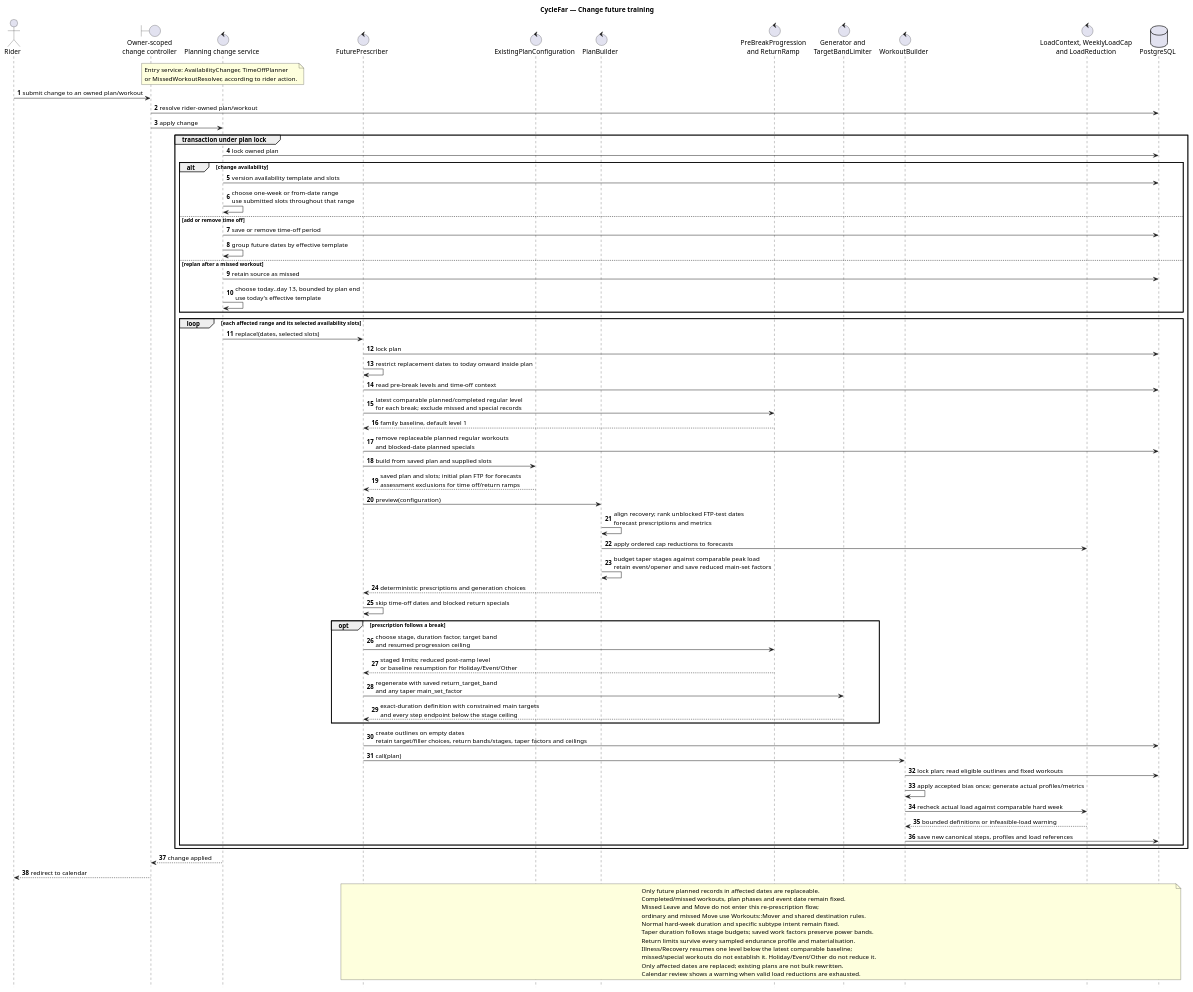
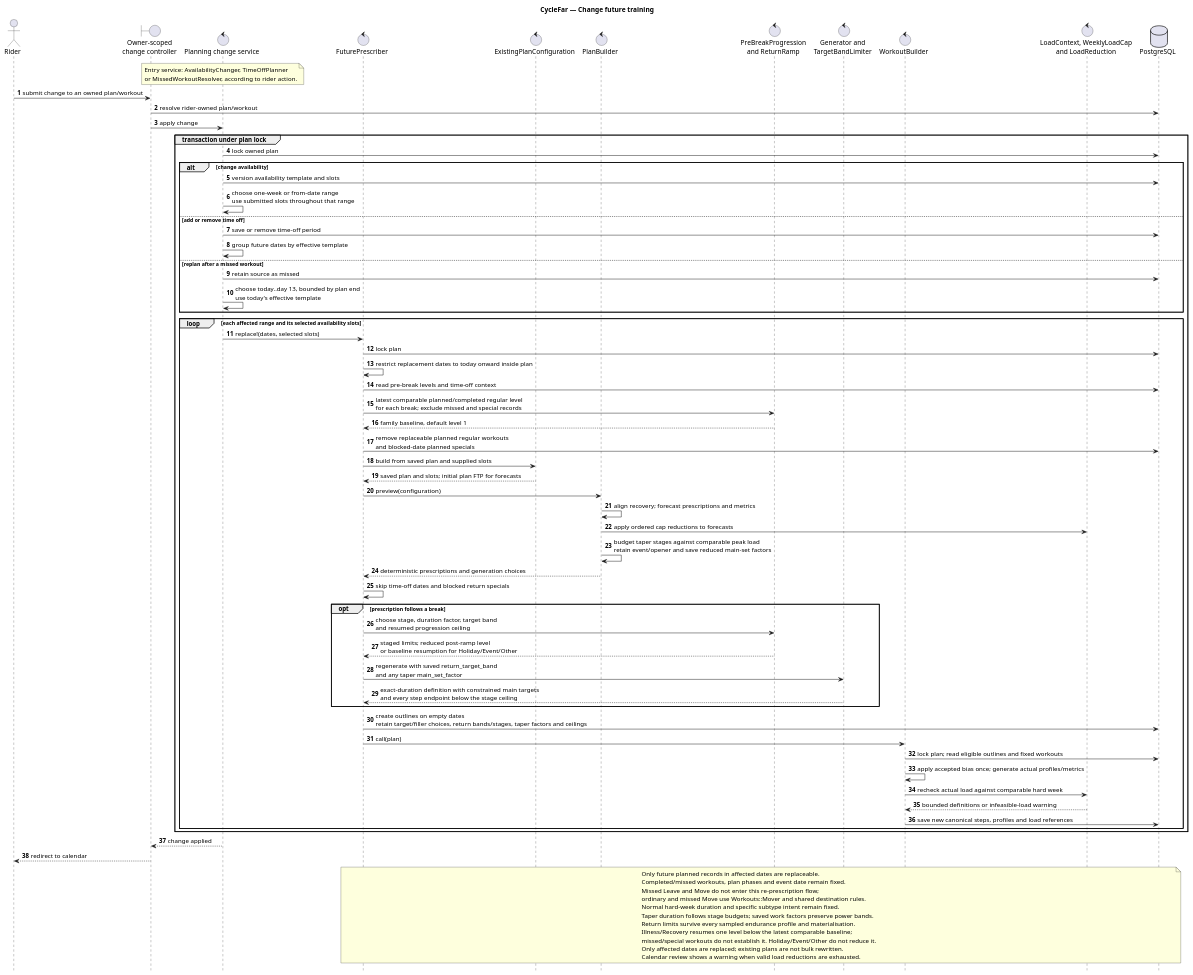
Before and after one commit to richardhartme/cyclefar: the diagram in docs/diagrams/sequence-cyclefar-future-replanning.puml, drawn with PlantUML. The commit also changed 61 other files, not shown here.

Commit message:
CYF-77 remove FTP-test scheduling and legacy test records

```diff
--- a/docs/diagrams/sequence-cyclefar-future-replanning.puml
+++ b/docs/diagrams/sequence-cyclefar-future-replanning.puml
@@ -1,87 +1,87 @@
 @startuml
 title CycleFar — Change future training
 
 autonumber
 hide footbox
 
 actor Rider
 boundary "Owner-scoped\nchange controller" as Controller
 control "Planning change service" as ChangeService
 control "FuturePrescriber" as Prescriber
 control "ExistingPlanConfiguration" as ExistingConfiguration
 control "PlanBuilder" as Builder
 control "PreBreakProgression\nand ReturnRamp" as ReturnRules
 control "Generator and\nTargetBandLimiter" as Generator
 control "WorkoutBuilder" as Materializer
 control "LoadContext, WeeklyLoadCap\nand LoadReduction" as LoadRules
 database "PostgreSQL" as Database
 
 note over ChangeService
   Entry service: AvailabilityChanger, TimeOffPlanner
   or MissedWorkoutResolver, according to rider action.
 end note
 
 Rider -> Controller: submit change to an owned plan/workout
 Controller -> Database: resolve rider-owned plan/workout
 Controller -> ChangeService: apply change
 group transaction under plan lock
   ChangeService -> Database: lock owned plan
   alt change availability
     ChangeService -> Database: version availability template and slots
     ChangeService -> ChangeService: choose one-week or from-date range\nuse submitted slots throughout that range
   else add or remove time off
     ChangeService -> Database: save or remove time-off period
     ChangeService -> ChangeService: group future dates by effective template
   else replan after a missed workout
     ChangeService -> Database: retain source as missed
     ChangeService -> ChangeService: choose today..day 13, bounded by plan end\nuse today's effective template
   end
 
   loop each affected range and its selected availability slots
     ChangeService -> Prescriber: replace!(dates, selected slots)
     Prescriber -> Database: lock plan
     Prescriber -> Prescriber: restrict replacement dates to today onward inside plan
     Prescriber -> Database: read pre-break levels and time-off context
     Prescriber -> ReturnRules: latest comparable planned/completed regular level\nfor each break; exclude missed and special records
     ReturnRules --> Prescriber: family baseline, default level 1
     Prescriber -> Database: remove replaceable planned regular workouts\nand blocked-date planned specials
     Prescriber -> ExistingConfiguration: build from saved plan and supplied slots
-    ExistingConfiguration --> Prescriber: saved plan and slots; initial plan FTP for forecasts\nassessment exclusions for time off/return ramps
+    ExistingConfiguration --> Prescriber: saved plan and slots; initial plan FTP for forecasts
     Prescriber -> Builder: preview(configuration)
-    Builder -> Builder: align recovery; rank unblocked FTP-test dates\nforecast prescriptions and metrics
+    Builder -> Builder: align recovery; forecast prescriptions and metrics
     Builder -> LoadRules: apply ordered cap reductions to forecasts
     Builder -> Builder: budget taper stages against comparable peak load\nretain event/opener and save reduced main-set factors
     Builder --> Prescriber: deterministic prescriptions and generation choices
     Prescriber -> Prescriber: skip time-off dates and blocked return specials
     opt prescription follows a break
       Prescriber -> ReturnRules: choose stage, duration factor, target band\nand resumed progression ceiling
       ReturnRules --> Prescriber: staged limits; reduced post-ramp level\nor baseline resumption for Holiday/Event/Other
       Prescriber -> Generator: regenerate with saved return_target_band\nand any taper main_set_factor
       Generator --> Prescriber: exact-duration definition with constrained main targets\nand every step endpoint below the stage ceiling
     end
     Prescriber -> Database: create outlines on empty dates\nretain target/filler choices, return bands/stages, taper factors and ceilings
     Prescriber -> Materializer: call(plan)
     Materializer -> Database: lock plan; read eligible outlines and fixed workouts
     Materializer -> Materializer: apply accepted bias once; generate actual profiles/metrics
     Materializer -> LoadRules: recheck actual load against comparable hard week
     LoadRules --> Materializer: bounded definitions or infeasible-load warning
     Materializer -> Database: save new canonical steps, profiles and load references
   end
 end
 ChangeService --> Controller: change applied
 Controller --> Rider: redirect to calendar
 
 note over Prescriber, Database
   Only future planned records in affected dates are replaceable.
   Completed/missed workouts, plan phases and event date remain fixed.
   Missed Leave and Move do not enter this re-prescription flow;
   ordinary and missed Move use Workouts::Mover and shared destination rules.
   Normal hard-week duration and specific subtype intent remain fixed.
   Taper duration follows stage budgets; saved work factors preserve power bands.
   Return limits survive every sampled endurance profile and materialisation.
   Illness/Recovery resumes one level below the latest comparable baseline;
   missed/special workouts do not establish it. Holiday/Event/Other do not reduce it.
   Only affected dates are replaced; existing plans are not bulk rewritten.
   Calendar review shows a warning when valid load reductions are exhausted.
 end note
 @enduml
```
